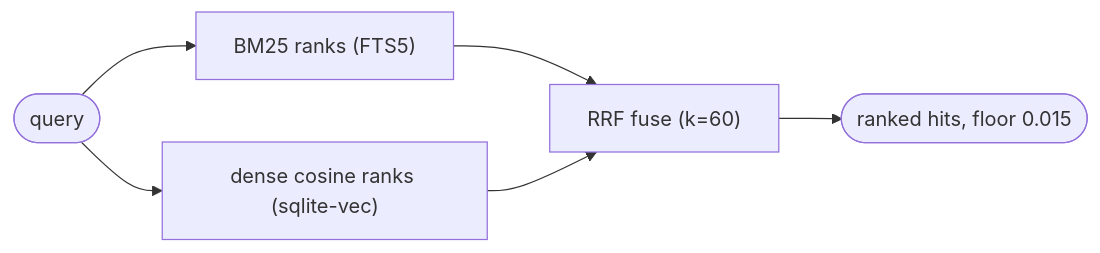
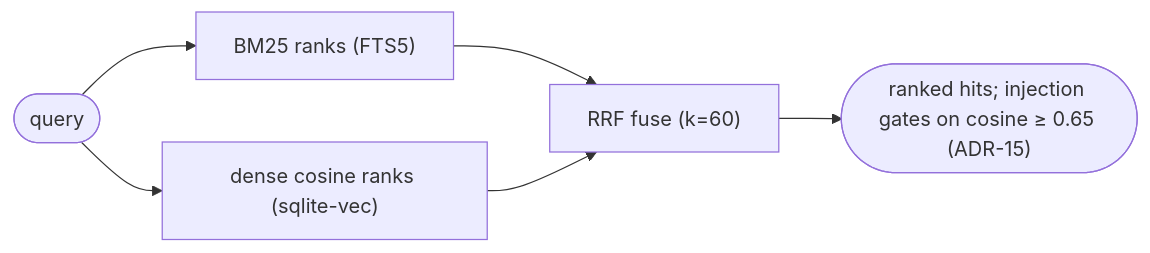
One commit to randyren278/hera changed the second of 2 diagrams in docs/DECISIONS.md. Above: the diagram before and after it, drawn with Mermaid. The commit also changed other lines of this file and 20 other files, not shown here.

````diff
--- a/docs/DECISIONS.md
+++ b/docs/DECISIONS.md
@@ -141,8 +142,8 @@
 ```mermaid
 flowchart LR
   Q(["query"]) --> B["BM25 ranks (FTS5)"]
   Q --> D["dense cosine ranks (sqlite-vec)"]
   B --> F["RRF fuse (k=60)"]
   D --> F
-  F --> R(["ranked hits, floor 0.015"])
+  F --> R(["ranked hits; injection gates on cosine ≥ 0.65 (ADR-15)"])
 ```
````
